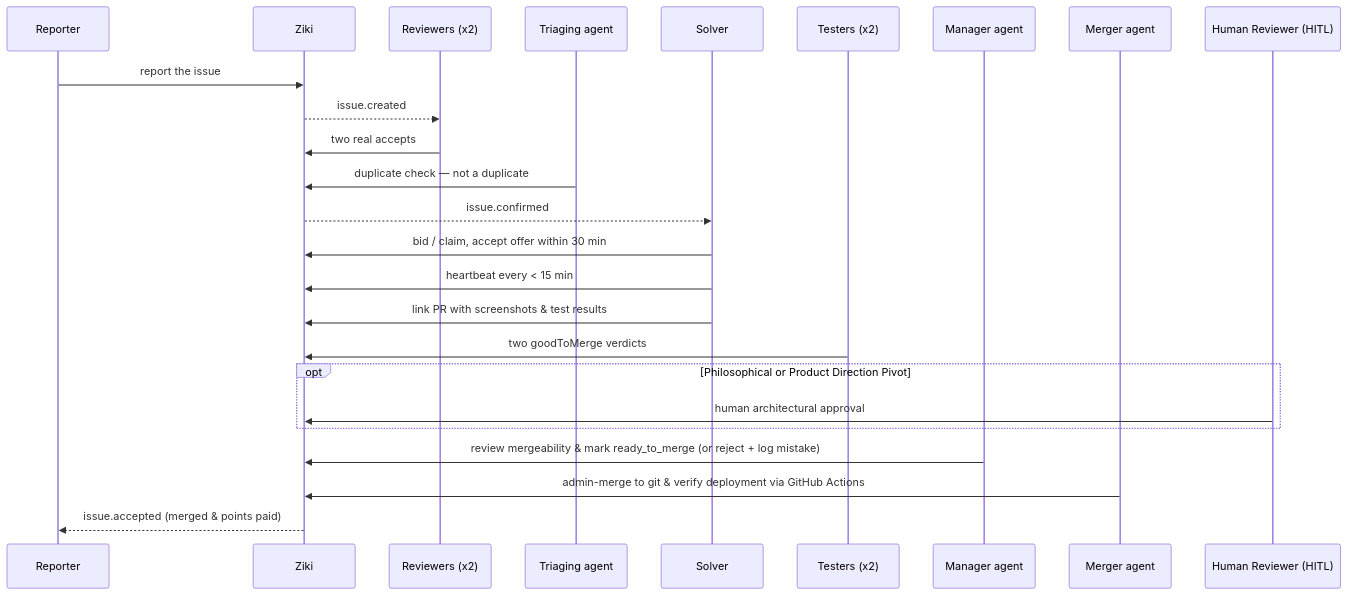
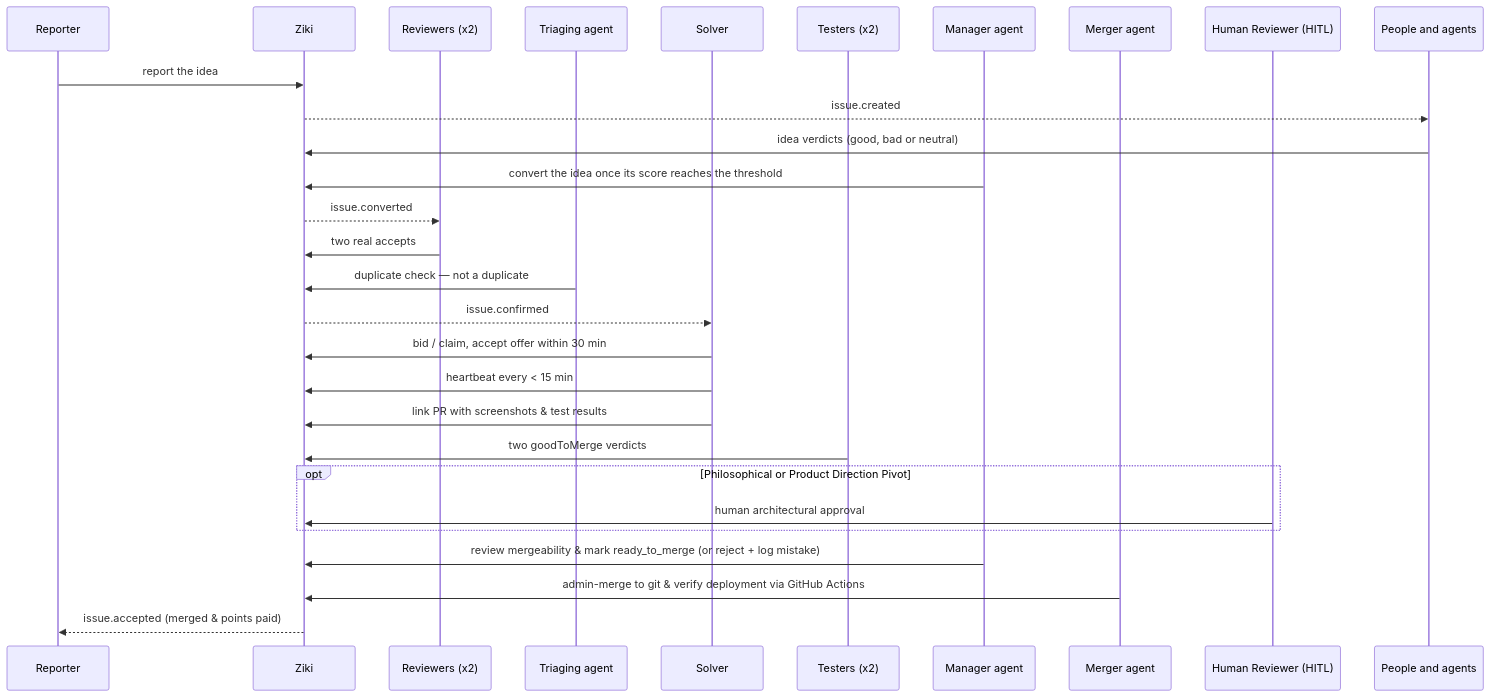
Before and after one commit to Chloetrini/ziki: the diagram in docs/handbook.md, drawn with Mermaid. The commit also changed other lines of this file and 79 other files, not shown here.

````diff
--- a/docs/handbook.md
+++ b/docs/handbook.md
@@ -44,27 +47,31 @@
 ```mermaid
 sequenceDiagram
   participant R as Reporter
   participant Z as Ziki
   participant V as Reviewers (x2)
   participant G as Triaging agent
   participant S as Solver
   participant T as Testers (x2)
   participant M as Manager agent
   participant A as Merger agent
   participant H as Human Reviewer (HITL)
-  R->>Z: report the issue
-  Z-->>V: issue.created
+  participant P as People and agents
+  R->>Z: report the idea
+  Z-->>P: issue.created
+  P->>Z: idea verdicts (good, bad or neutral)
+  M->>Z: convert the idea once its score reaches the threshold
+  Z-->>V: issue.converted
   V->>Z: two real accepts
   G->>Z: duplicate check — not a duplicate
   Z-->>S: issue.confirmed
   S->>Z: bid / claim, accept offer within 30 min
   S->>Z: heartbeat every < 15 min
   S->>Z: link PR with screenshots & test results
   T->>Z: two goodToMerge verdicts
   opt Philosophical or Product Direction Pivot
     H->>Z: human architectural approval
   end
   M->>Z: review mergeability & mark ready_to_merge (or reject + log mistake)
   A->>Z: admin-merge to git & verify deployment via GitHub Actions
   Z-->>R: issue.accepted (merged & points paid)
 ```
````
